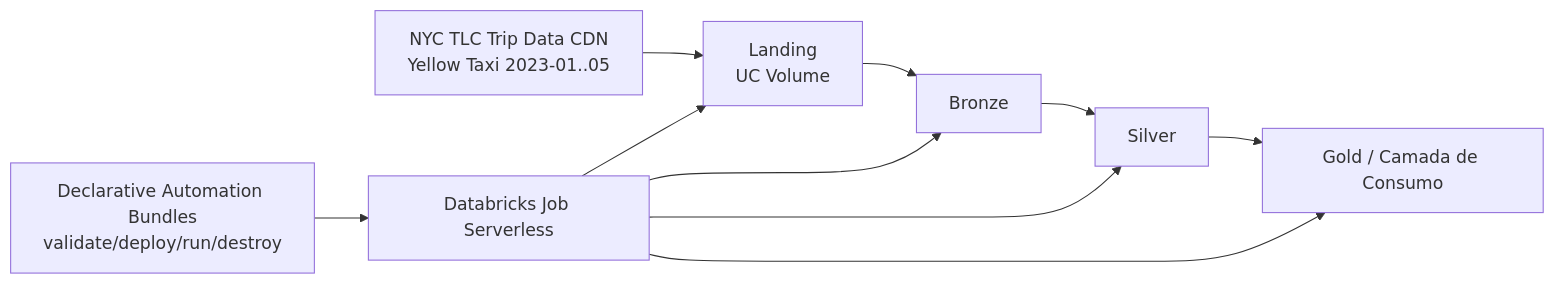
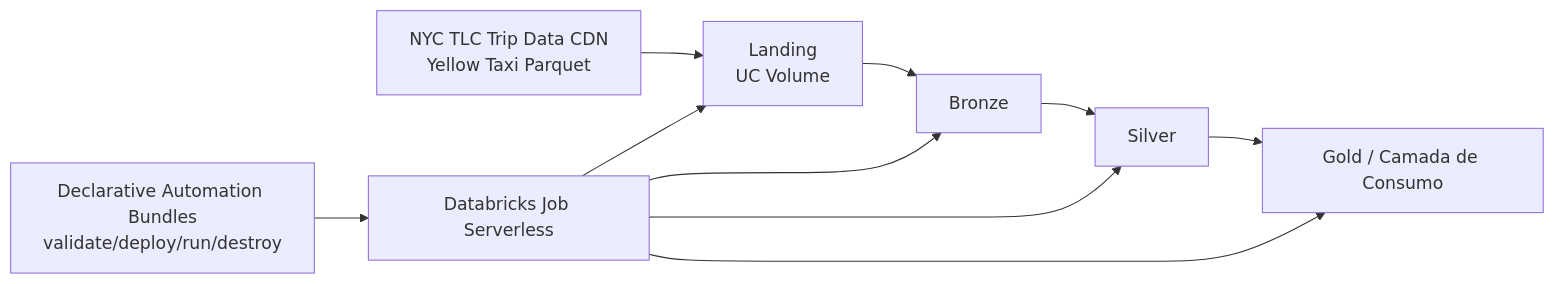
One commit to talunamendes/nyc_taxi changed the diagram in README.md. Above: the diagram before and after it, drawn with Mermaid. The commit also changed other lines of this file and 20 other files, not shown here.

````diff
--- a/README.md
+++ b/README.md
@@ -5,13 +7,13 @@
 ```mermaid
 flowchart LR
-  A[NYC TLC Trip Data CDN<br/>Yellow Taxi 2023-01..05] --> B[Landing<br/>UC Volume]
+  A[NYC TLC Trip Data CDN<br/>Yellow Taxi Parquet] --> B[Landing<br/>UC Volume]
   B --> C[Bronze]
   C --> D[Silver]
   D --> E[Gold / Camada de Consumo]
 
   F[Declarative Automation Bundles<br/>validate/deploy/run/destroy] --> G[Databricks Job Serverless]
   G --> B
   G --> C
   G --> D
   G --> E
 ```
````
